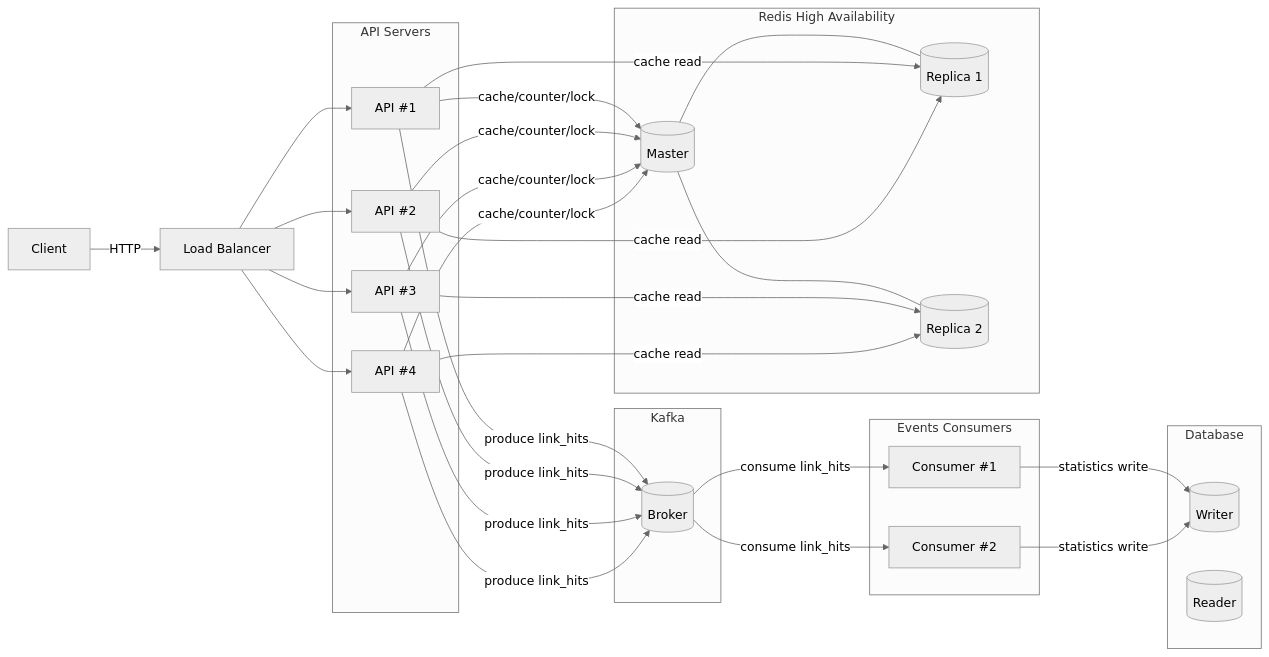
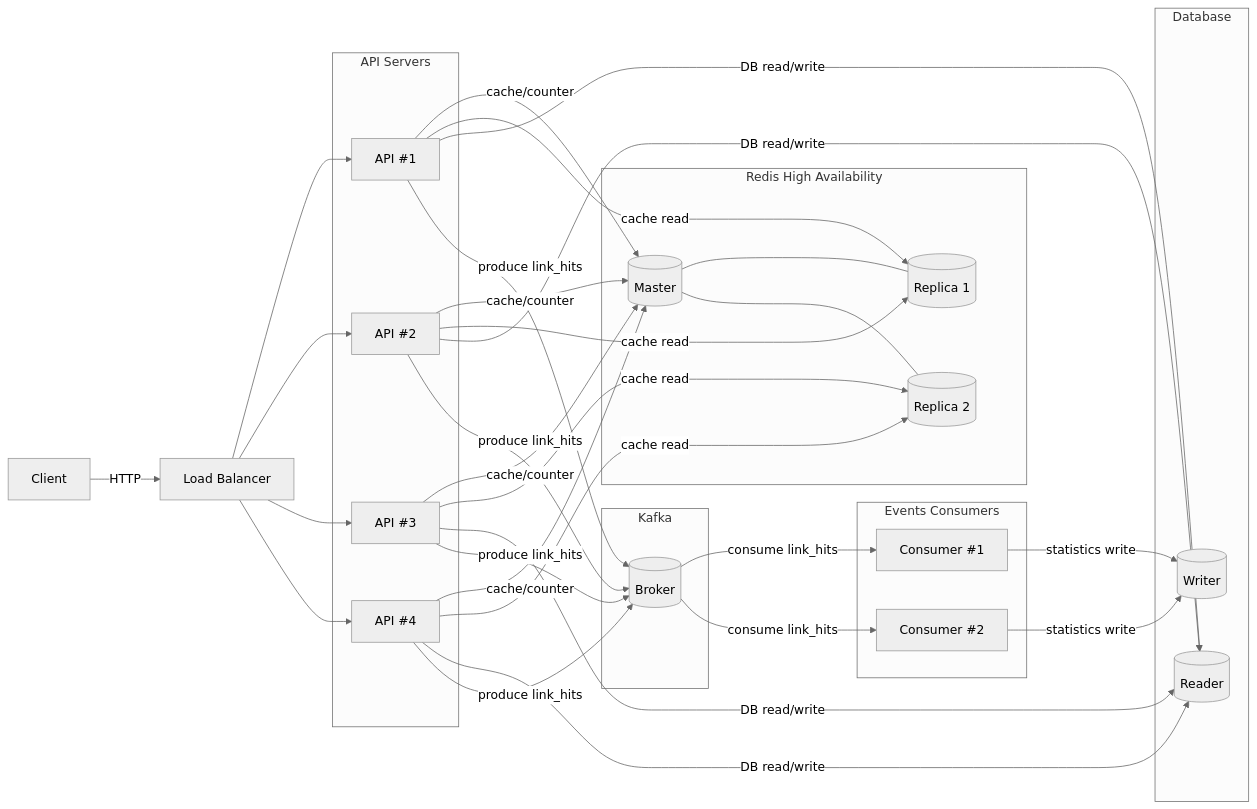
One commit to column-wise/ShortLink changed the diagram in BE/README.md. Above: the diagram before and after it, drawn with Mermaid (neutral theme). The commit also changed other lines of this file, not shown here.

Commit message:
docs: Rewrite README in Korean, update package structure, remove distributed lock content

````diff
--- a/BE/README.md
+++ b/BE/README.md
@@ -86,61 +52,66 @@
 ```mermaid
 flowchart LR
   Client[Client]
   LB[Load Balancer]
 
   subgraph App[API Servers]
     A1[API #1]
     A2[API #2]
     A3[API #3]
     A4[API #4]
   end
 
   subgraph Kafka[Kafka]
     K[(Broker)]
   end
 
   subgraph Consumers[Events Consumers]
     EC1[Consumer #1]
     EC2[Consumer #2]
   end
 
   subgraph Redis[Redis High Availability]
     RM[(Master)]
     RR1[(Replica 1)]
     RR2[(Replica 2)]
     RM --- RR1
     RM --- RR2
   end
 
   subgraph DB[Database]
     DBW[(Writer)]
     DBR[(Reader)]
   end
 
   Client -->|HTTP| LB
   LB --> A1
   LB --> A2
   LB --> A3
   LB --> A4
 
-  A1 -->|cache/counter/lock| RM
-  A2 -->|cache/counter/lock| RM
-  A3 -->|cache/counter/lock| RM
-  A4 -->|cache/counter/lock| RM
+  A1 -->|cache/counter| RM
+  A2 -->|cache/counter| RM
+  A3 -->|cache/counter| RM
+  A4 -->|cache/counter| RM
 
   A1 -->|cache read| RR1
   A2 -->|cache read| RR1
   A3 -->|cache read| RR2
   A4 -->|cache read| RR2
+
+  A1 -->|DB read/write| DBR
+  A2 -->|DB read/write| DBR
+  A3 -->|DB read/write| DBR
+  A4 -->|DB read/write| DBR
 
   A1 -->|produce link_hits| K
   A2 -->|produce link_hits| K
   A3 -->|produce link_hits| K
   A4 -->|produce link_hits| K
 
   K -->|consume link_hits| EC1
   K -->|consume link_hits| EC2
 
   EC1 -->|statistics write| DBW
   EC2 -->|statistics write| DBW
 ```
````
